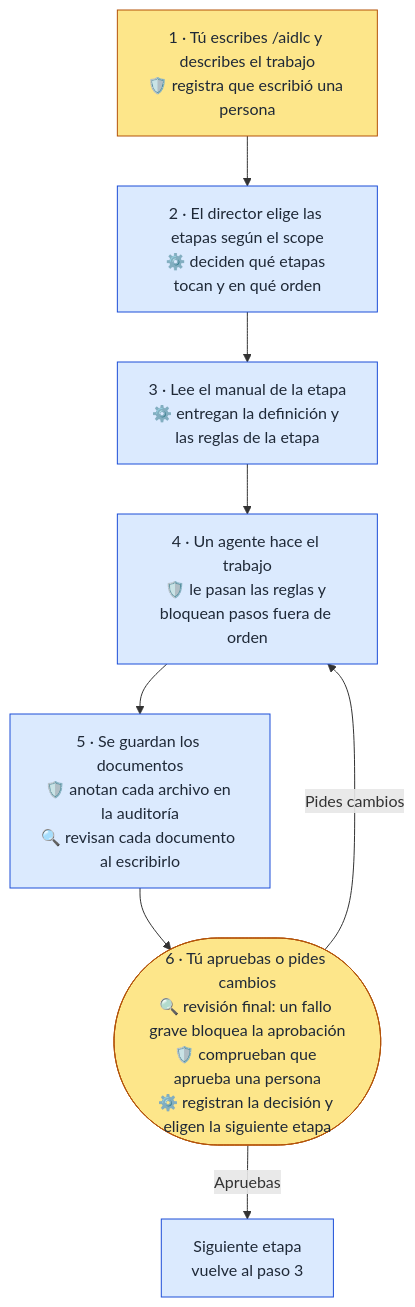
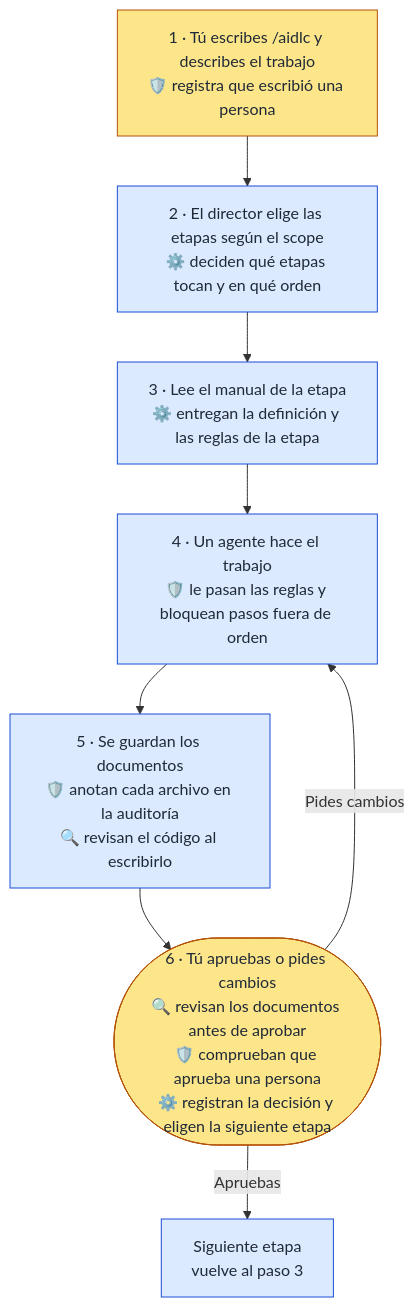
One commit to agentile1sp/panel changed the fourth of 4 diagrams in playbook/02-anatomia-del-repo/00-mapa-general.md. Above: the diagram before and after it, drawn with Mermaid. The commit also changed other lines of this file, not shown here.

First line of the commit message:
docs(playbook): corregir cuándo revisan y bloquean los sensores en el mapa general

````diff
--- a/playbook/02-anatomia-del-repo/00-mapa-general.md
+++ b/playbook/02-anatomia-del-repo/00-mapa-general.md
@@ -139,19 +139,19 @@
 ```mermaid
 flowchart TD
     A["1 · Tú escribes /aidlc y describes el trabajo<br/>🛡️ registra que escribió una persona"]
     B["2 · El director elige las etapas según el scope<br/>⚙️ deciden qué etapas tocan y en qué orden"]
     C["3 · Lee el manual de la etapa<br/>⚙️ entregan la definición y las reglas de la etapa"]
     D["4 · Un agente hace el trabajo<br/>🛡️ le pasan las reglas y bloquean pasos fuera de orden"]
-    E["5 · Se guardan los documentos<br/>🛡️ anotan cada archivo en la auditoría<br/>🔍 revisan cada documento al escribirlo"]
-    F(["6 · Tú apruebas o pides cambios<br/>🔍 revisión final: un fallo grave bloquea la aprobación<br/>🛡️ comprueban que aprueba una persona<br/>⚙️ registran la decisión y eligen la siguiente etapa"])
+    E["5 · Se guardan los documentos<br/>🛡️ anotan cada archivo en la auditoría<br/>🔍 revisan el código al escribirlo"]
+    F(["6 · Tú apruebas o pides cambios<br/>🔍 revisan los documentos antes de aprobar<br/>🛡️ comprueban que aprueba una persona<br/>⚙️ registran la decisión y eligen la siguiente etapa"])
     G["Siguiente etapa<br/>vuelve al paso 3"]
 
     A --> B --> C --> D --> E --> F
     F -- Apruebas --> G
     F -- Pides cambios --> D
 
     classDef persona fill:#fde68a,stroke:#b45309,color:#1f2937
     classDef motor fill:#dbeafe,stroke:#1d4ed8,color:#1f2937
     class A,F persona
     class B,C,D,E,G motor
 ```
````
